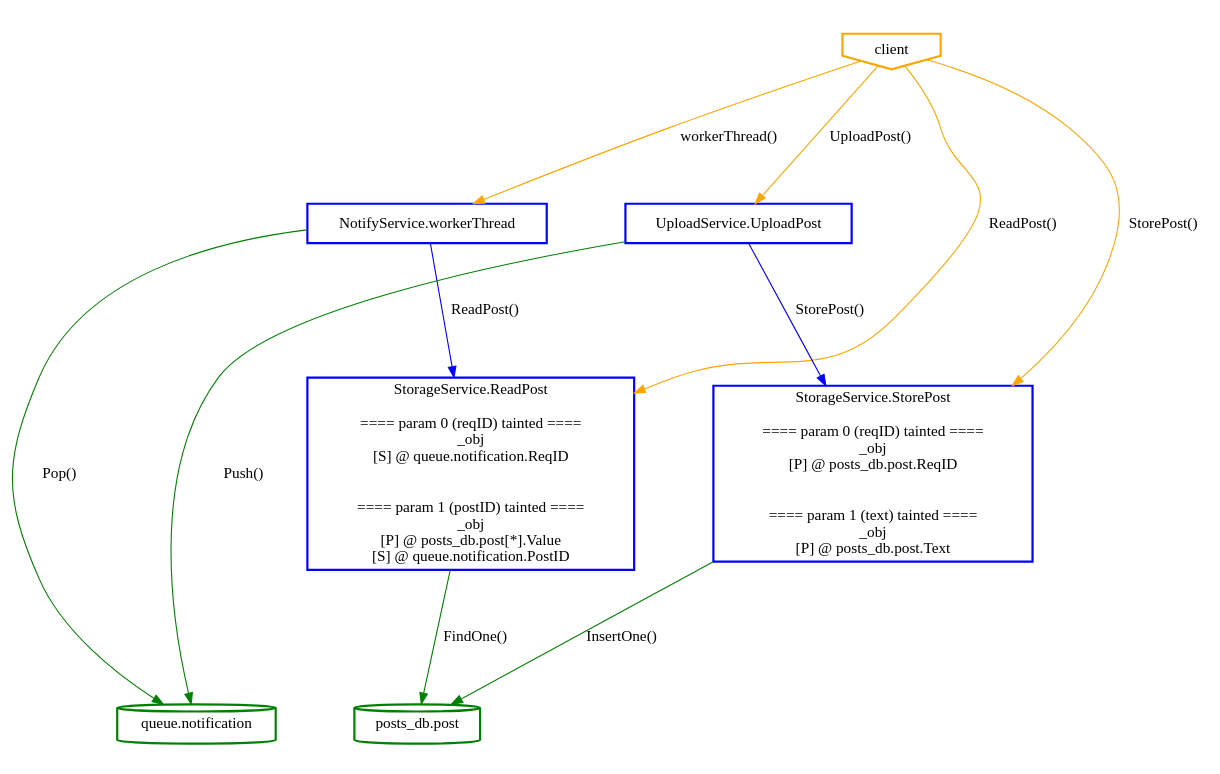
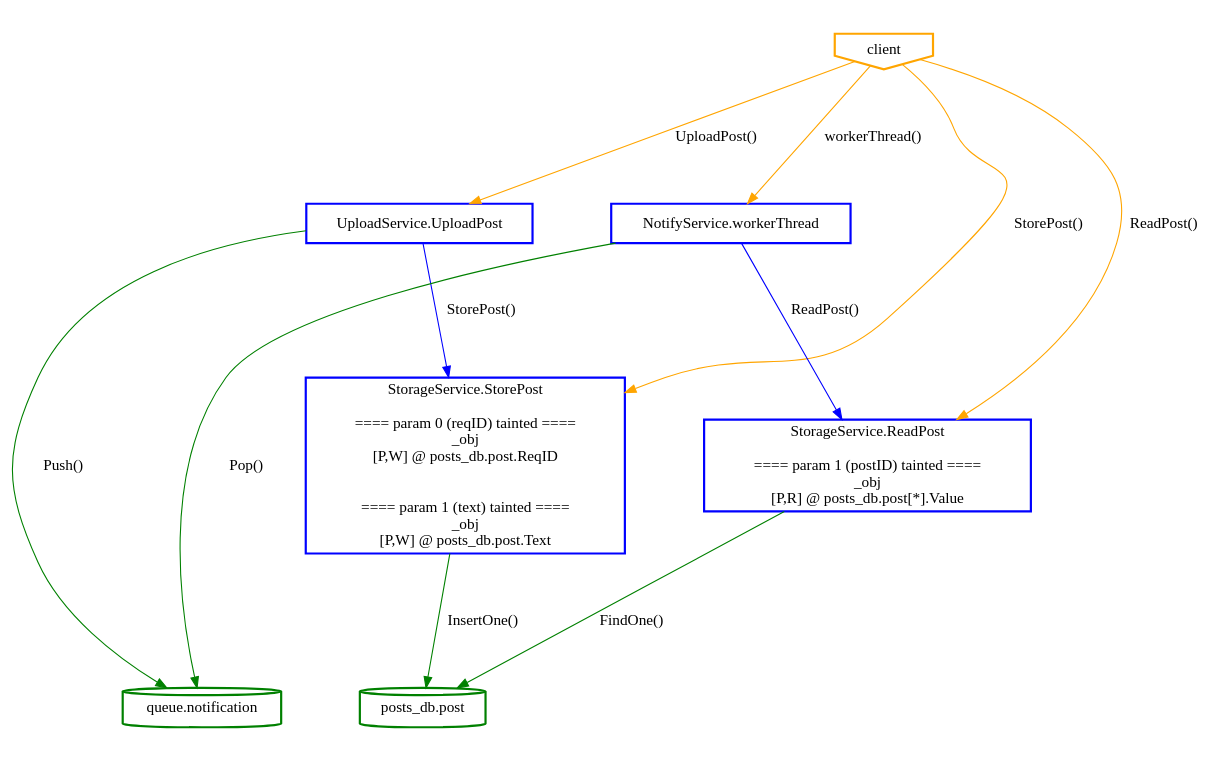
The diagram in ssa_analysis/analyzer/output/blueprint/postnotification/notifyservice_run/abstractcallgraph_detailed.dot (aletheia-microservices/aletheia), drawn with Graphviz before and after one commit. The commit also changed 30 other files, not shown here.

```diff
--- a/ssa_analysis/analyzer/output/blueprint/postnotification/notifyservice_run/abstractcallgraph_detailed.dot
+++ b/ssa_analysis/analyzer/output/blueprint/postnotification/notifyservice_run/abstractcallgraph_detailed.dot
@@ -1,52 +1,46 @@
 digraph G {
 	rankdir=TD;
 	ranksep=1.5;
 	nodesep=1;
 	subgraph cluster_clients {
 		style=invis;
 		N_client [label="client", style=bold, shape=invhouse, color="orange"];
 	}
 	subgraph cluster_services {
 		style=invis;
-		N_NotifyService_workerThread [label="NotifyService.workerThread", style=bold, shape=box, color="blue"];
-		N_StorageService_ReadPost [label="StorageService.ReadPost
-
-==== param 0 (reqID) tainted ====
-_obj
-[S] @ queue.notification.ReqID
-
-
-==== param 1 (postID) tainted ====
-_obj
-[P] @ posts_db.post[*].Value
-[S] @ queue.notification.PostID
-", style=bold, shape=box, color="blue"];
 		N_UploadService_UploadPost [label="UploadService.UploadPost", style=bold, shape=box, color="blue"];
 		N_StorageService_StorePost [label="StorageService.StorePost
 
 ==== param 0 (reqID) tainted ====
 _obj
-[P] @ posts_db.post.ReqID
+[P,W] @ posts_db.post.ReqID
 
 
 ==== param 1 (text) tainted ====
 _obj
-[P] @ posts_db.post.Text
+[P,W] @ posts_db.post.Text
+", style=bold, shape=box, color="blue"];
+		N_NotifyService_workerThread [label="NotifyService.workerThread", style=bold, shape=box, color="blue"];
+		N_StorageService_ReadPost [label="StorageService.ReadPost
+
+==== param 1 (postID) tainted ====
+_obj
+[P,R] @ posts_db.post[*].Value
 ", style=bold, shape=box, color="blue"];
 	}
 	subgraph cluster_databases {
 		style=invis;
+		N_queue_notification [label="queue.notification", style=bold, shape=cylinder, color="green"];
 		N_posts_db_post [label="posts_db.post", style=bold, shape=cylinder, color="green"];
-		N_queue_notification [label="queue.notification", style=bold, shape=cylinder, color="green"];
 	}
-	N_StorageService_StorePost -> N_posts_db_post [label="InsertOne()", color=green];
 	N_client -> N_NotifyService_workerThread [label="workerThread()", color=orange];
 	N_NotifyService_workerThread -> N_StorageService_ReadPost [label="ReadPost()", color=blue];
+	N_StorageService_ReadPost -> N_posts_db_post [label="FindOne()", color=green];
+	N_UploadService_UploadPost -> N_StorageService_StorePost [label="StorePost()", color=blue];
+	N_UploadService_UploadPost -> N_queue_notification [label="Push()", color=green];
+	N_StorageService_StorePost -> N_posts_db_post [label="InsertOne()", color=green];
 	N_NotifyService_workerThread -> N_queue_notification [label="Pop()", color=green];
 	N_client -> N_StorageService_ReadPost [label="ReadPost()", color=orange];
 	N_client -> N_UploadService_UploadPost [label="UploadPost()", color=orange];
-	N_UploadService_UploadPost -> N_StorageService_StorePost [label="StorePost()", color=blue];
 	N_client -> N_StorageService_StorePost [label="StorePost()", color=orange];
-	N_StorageService_ReadPost -> N_posts_db_post [label="FindOne()", color=green];
-	N_UploadService_UploadPost -> N_queue_notification [label="Push()", color=green];
 }
```
